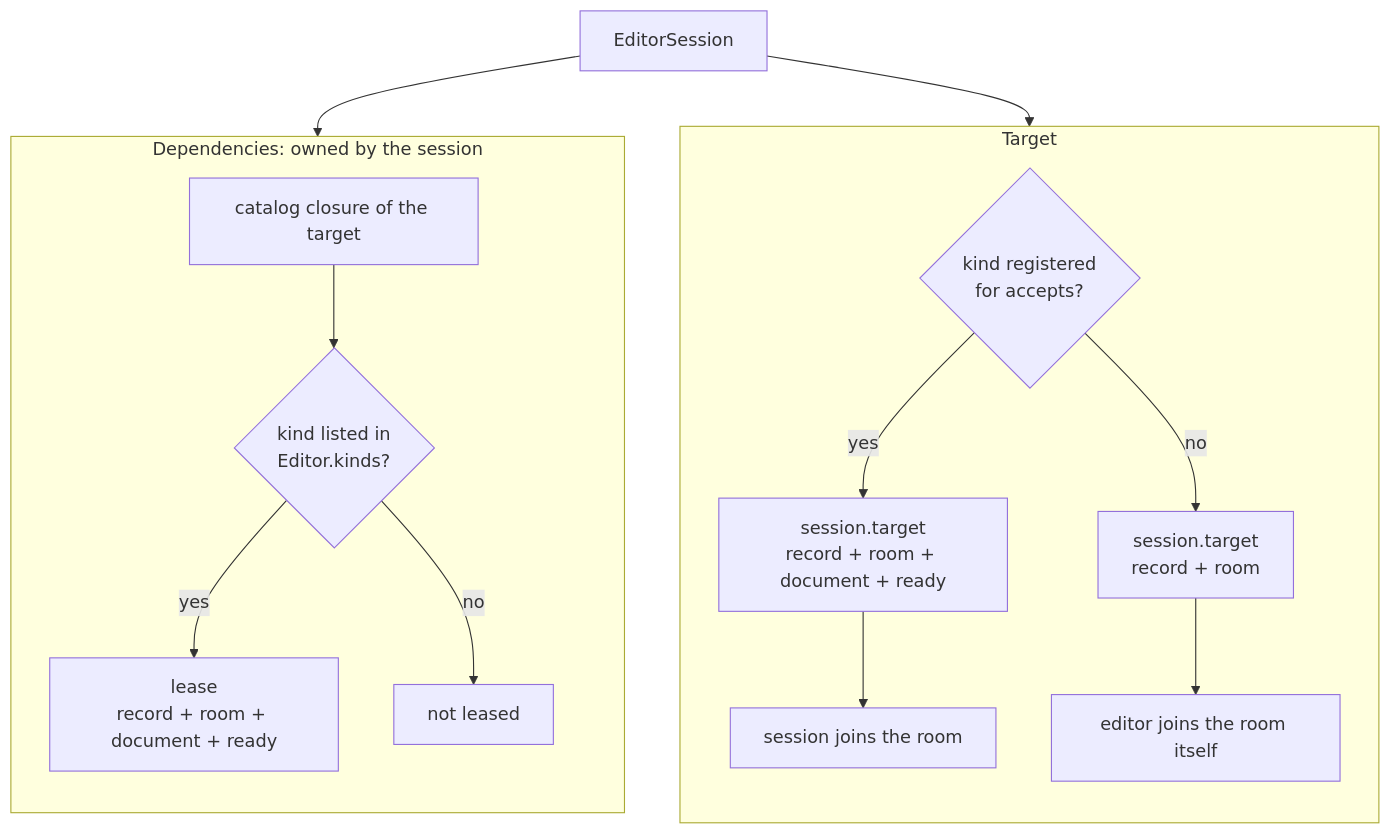
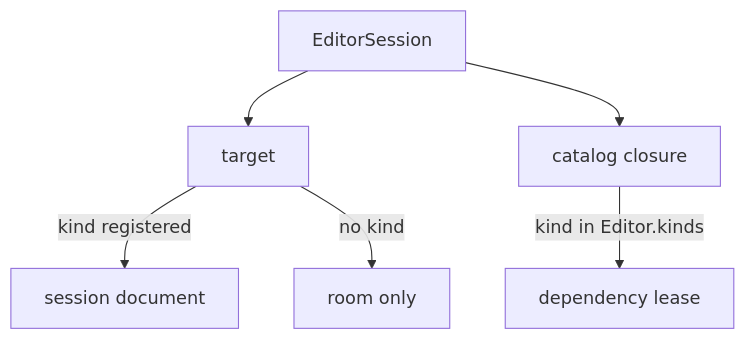
The seventh of 14 diagrams in packages/editors/host/ARCHITECTURE.md (JollyPixel/editor), drawn with Mermaid before and after one commit. The commit also changed other lines of this file and 114 other files, not shown here.

````diff
--- a/packages/editors/host/ARCHITECTURE.md
+++ b/packages/editors/host/ARCHITECTURE.md
@@ -161,29 +106,8 @@
 ```mermaid
 flowchart TB
-  Session["EditorSession"]
-
-  subgraph TargetSide["Target"]
-    direction TB
-    TargetKind{"kind registered<br/>for accepts?"}
-    TargetLeased["session.target<br/>record + room + document + ready"]
-    TargetRoom["session.target<br/>record + room"]
-    TargetJoin["session joins the room"]
-    EditorJoin["editor joins the room itself"]
-    TargetKind -->|"yes"| TargetLeased --> TargetJoin
-    TargetKind -->|"no"| TargetRoom --> EditorJoin
-  end
-
-  subgraph DependencySide["Dependencies: owned by the session"]
-    direction TB
-    Closure["catalog closure of the target"]
-    Filter{"kind listed in<br/>Editor.kinds?"}
-    DepLease["lease<br/>record + room + document + ready"]
-    Skipped["not leased"]
-    Closure --> Filter
-    Filter -->|"yes"| DepLease
-    Filter -->|"no"| Skipped
-  end
-
-  Session --> TargetKind
-  Session --> Closure
+    Session["EditorSession"] --> Target["target"]
+    Session --> Closure["catalog closure"]
+    Target -->|"kind registered"| Doc["session document"]
+    Target -->|"no kind"| Room["room only"]
+    Closure -->|"kind in Editor.kinds"| Lease["dependency lease"]
 ```
````
